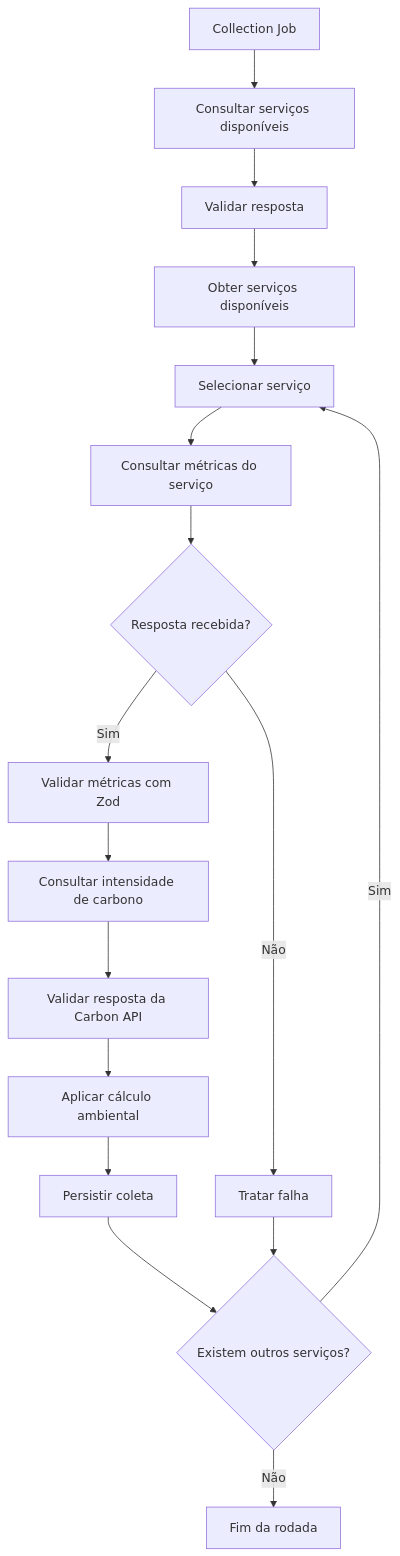
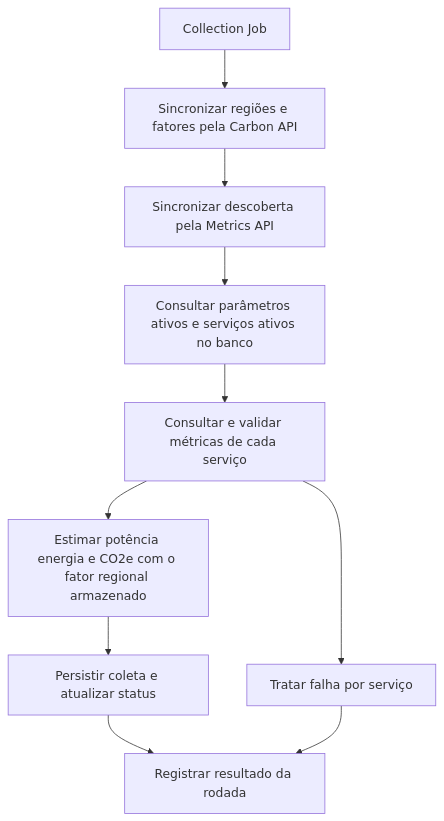
The seventh of 13 diagrams in backend/arquitetura.md (Team-Zero-DSM/GreenER), drawn with Mermaid before and after one commit. The commit also changed other lines of this file and 13 other files, not shown here.

````diff
--- a/backend/arquitetura.md
+++ b/backend/arquitetura.md
@@ -792,61 +779,12 @@
 ```mermaid
 flowchart TD
-
-    A[Collection Job]
-
-    B[Consultar serviços disponíveis]
-
-    C[Validar resposta]
-
-    D[Obter serviços disponíveis]
-
-    E[Selecionar serviço]
-
-    F[Consultar métricas do serviço]
-
-    G{Resposta recebida?}
-
-    H[Validar métricas com Zod]
-
-    I[Consultar intensidade de carbono]
-
-    J[Validar resposta da Carbon API]
-
-    K[Aplicar cálculo ambiental]
-
-    L[Persistir coleta]
-
-    ERROR[Tratar falha]
-
-    MORE{Existem outros serviços?}
-
-    END[Fim da rodada]
-
-    A --> B
-    B --> C
-    C --> D
-
-    D --> E
-
+    J[Collection Job] --> R[Sincronizar regiões e fatores pela Carbon API]
+    R --> S[Sincronizar descoberta pela Metrics API]
+    S --> P[Consultar parâmetros ativos e serviços ativos no banco]
+    P --> M[Consultar e validar métricas de cada serviço]
+    M --> C[Estimar potência energia e CO2e com o fator regional armazenado]
+    C --> DB[Persistir coleta e atualizar status]
+    M --> E[Tratar falha por serviço]
+    DB --> F[Registrar resultado da rodada]
     E --> F
-
-    F --> G
-
-    G -->|Sim| H
-    G -->|Não| ERROR
-
-    H --> I
-
-    I --> J
-
-    J --> K
-
-    K --> L
-
-    L --> MORE
-    ERROR --> MORE
-
-    MORE -->|Sim| E
-
-    MORE -->|Não| END
 ```
````
